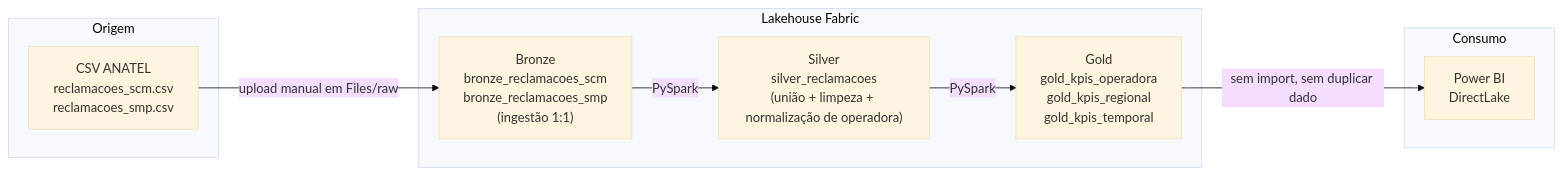
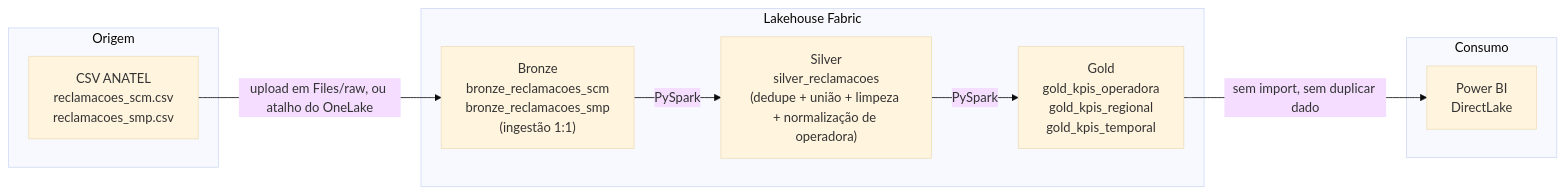
One commit to HugoLeonardoNz/telecom-powerbi-public changed the diagram in fabric-lakehouse-demo/docs/architecture.md. Above: the diagram before and after it, drawn with Mermaid (base theme). The commit also changed other lines of this file and 7 other files, not shown here.

First line of the commit message:
fix: dedupe faltando na Silver do Fabric fazia a Gold divergir do repo

````diff
--- a/fabric-lakehouse-demo/docs/architecture.md
+++ b/fabric-lakehouse-demo/docs/architecture.md
@@ -3,21 +3,21 @@
 ```mermaid
 flowchart LR
     subgraph Origem
         A["CSV ANATEL<br/>reclamacoes_scm.csv<br/>reclamacoes_smp.csv"]
     end
 
     subgraph Lakehouse Fabric
         B["Bronze<br/>bronze_reclamacoes_scm<br/>bronze_reclamacoes_smp<br/>(ingestão 1:1)"]
-        C["Silver<br/>silver_reclamacoes<br/>(união + limpeza + normalização de operadora)"]
+        C["Silver<br/>silver_reclamacoes<br/>(dedupe + união + limpeza + normalização de operadora)"]
         D["Gold<br/>gold_kpis_operadora<br/>gold_kpis_regional<br/>gold_kpis_temporal"]
     end
 
     subgraph Consumo
         E["Power BI<br/>DirectLake"]
     end
 
-    A -->|upload manual em Files/raw| B
+    A -->|upload em Files/raw, ou atalho do OneLake| B
     B -->|PySpark| C
     C -->|PySpark| D
     D -->|sem import, sem duplicar dado| E
 ```
````
